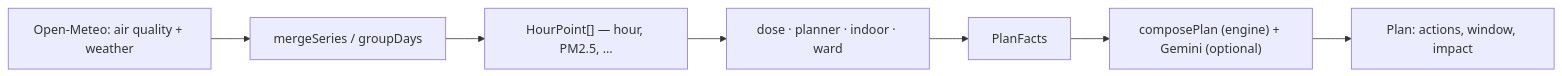
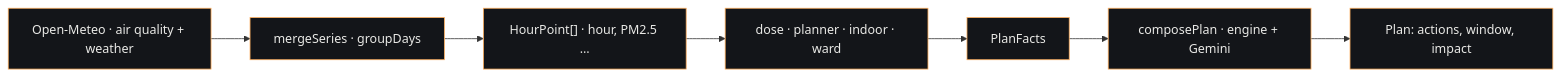
Before and after one commit to Shikhyy/Saans: the first of 3 diagrams in README.md, drawn with Mermaid. The commit also changed other lines of this file, not shown here.

Commit message:
docs: refined mermaid diagrams and delivery polish

````diff
--- a/README.md
+++ b/README.md
@@ -65,9 +65,11 @@
 ```mermaid
 flowchart LR
-    A["Open-Meteo: air quality + weather"] --> B["mergeSeries / groupDays"]
-    B --> C["HourPoint[] — hour, PM2.5, …"]
+    classDef saans fill:#131519,stroke:#ffae5c,color:#e9e9e6
+    A["Open-Meteo · air quality + weather"] --> B["mergeSeries · groupDays"]
+    B --> C["HourPoint[] · hour, PM2.5 …"]
     C --> D["dose · planner · indoor · ward"]
     D --> E["PlanFacts"]
-    E --> F["composePlan (engine) + Gemini (optional)"]
+    E --> F["composePlan · engine + Gemini"]
     F --> G["Plan: actions, window, impact"]
+    class A,B,C,D,E,F,G saans
 ```
````
